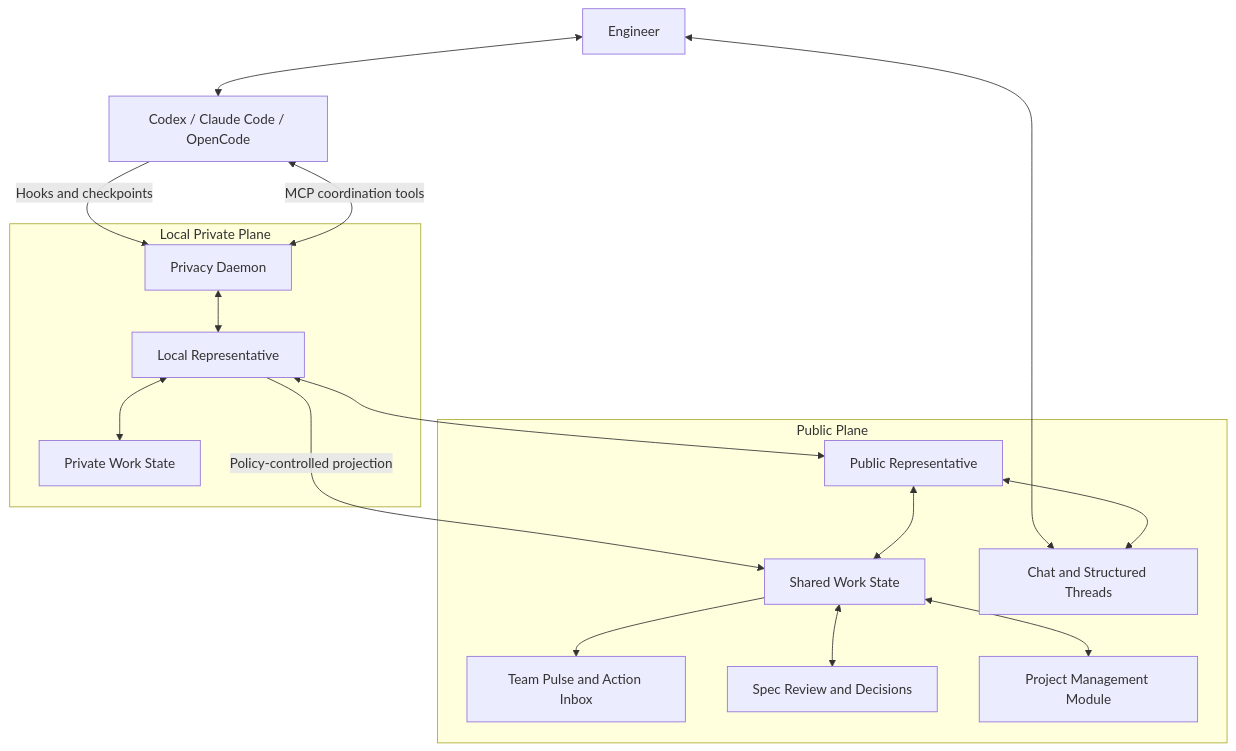
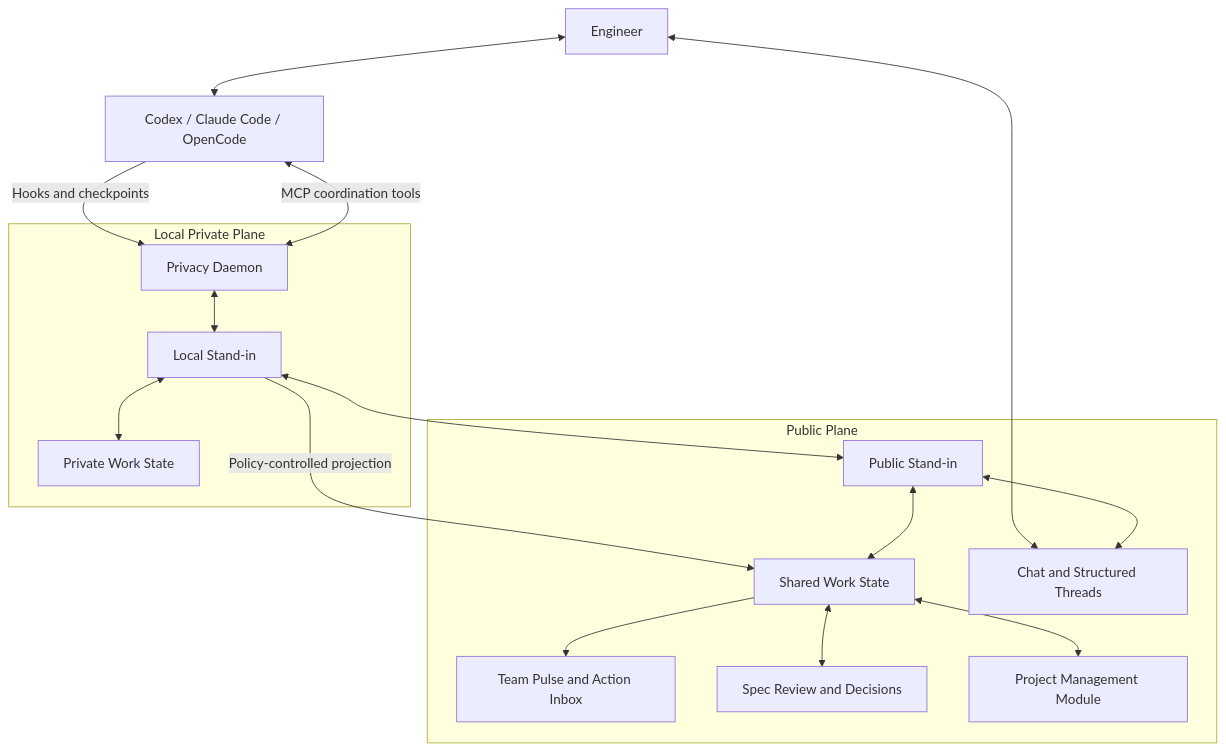
The diagram in docs/brainstorms/2026-07-24-intero-product-requirements.md (WatsonHS/intero), drawn with Mermaid before and after one commit. The commit also changed other lines of this file and 233 other files, not shown here.

````diff
--- a/docs/brainstorms/2026-07-24-intero-product-requirements.md
+++ b/docs/brainstorms/2026-07-24-intero-product-requirements.md
@@ -42,34 +42,34 @@
 ```mermaid
 flowchart TB
     Engineer["Engineer"]
     Coding["Codex / Claude Code / OpenCode"]
 
     subgraph Private["Local Private Plane"]
         Daemon["Privacy Daemon"]
-        LocalRep["Local Representative"]
+        LocalRep["Local Stand-in"]
         PrivateState["Private Work State"]
     end
 
     subgraph Public["Public Plane"]
-        PublicRep["Public Representative"]
+        PublicRep["Public Stand-in"]
         Shared["Shared Work State"]
         Chat["Chat and Structured Threads"]
         Pulse["Team Pulse and Action Inbox"]
         Review["Spec Review and Decisions"]
         Project["Project Management Module"]
     end
 
     Engineer <--> Coding
     Coding -->|"Hooks and checkpoints"| Daemon
     Coding <-->|"MCP coordination tools"| Daemon
     Daemon <--> LocalRep
     LocalRep <--> PrivateState
     LocalRep -->|"Policy-controlled projection"| Shared
     LocalRep <--> PublicRep
     Engineer <--> Chat
     PublicRep <--> Chat
     PublicRep <--> Shared
     Shared --> Pulse
     Shared <--> Review
     Shared <--> Project
 ```
````
